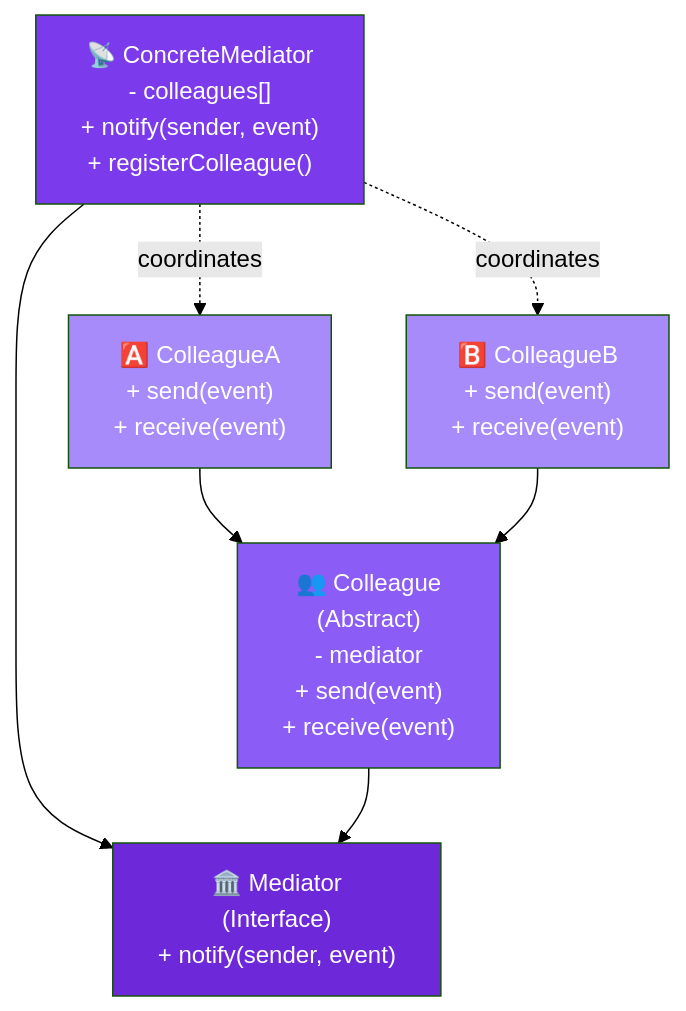
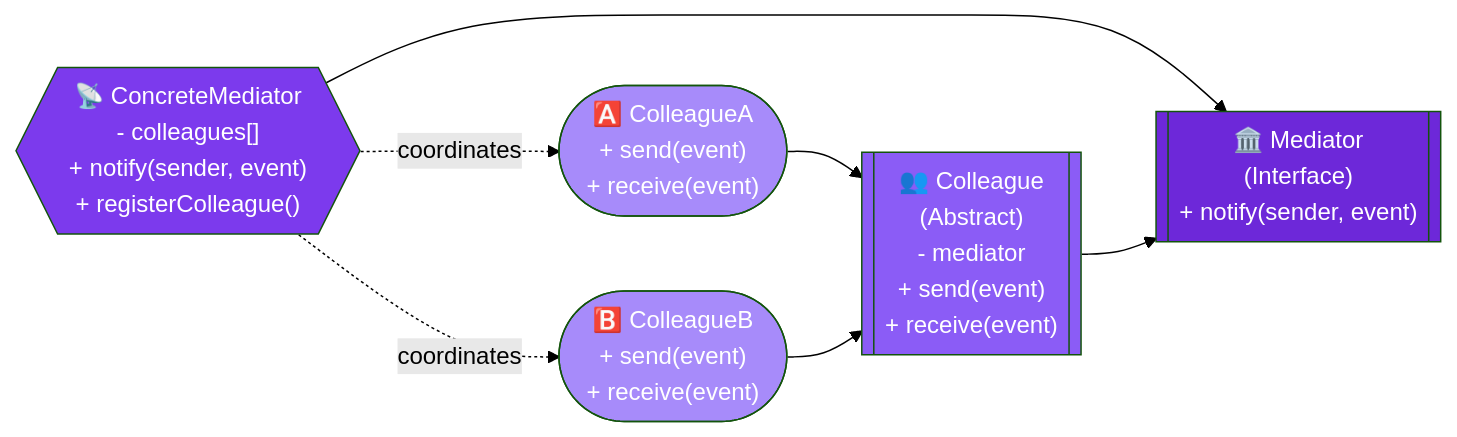
Before and after one commit to saivamsikaruturi/vamsilabs-dev-notes-main: the second of 3 diagrams in docs/designpatterns/behaviouralDesignPatterns/MediatorDp.md, drawn with Mermaid (forest theme). The commit also changed other lines of this file and 146 other files, not shown here.

Commit message:
Horizontal diagrams, UML class diagrams, typography overhaul, and permalink cleanup

````diff
--- a/docs/designpatterns/behaviouralDesignPatterns/MediatorDp.md
+++ b/docs/designpatterns/behaviouralDesignPatterns/MediatorDp.md
@@ -33,21 +33,21 @@
 ```mermaid
-flowchart TD
-    Mediator["🏛️ Mediator\n(Interface)\n+ notify(sender, event)"]
-    ConcreteMediator["📡 ConcreteMediator\n- colleagues[]\n+ notify(sender, event)\n+ registerColleague()"]
-    Colleague["👥 Colleague\n(Abstract)\n- mediator\n+ send(event)\n+ receive(event)"]
-    ColleagueA["🅰️ ColleagueA\n+ send(event)\n+ receive(event)"]
-    ColleagueB["🅱️ ColleagueB\n+ send(event)\n+ receive(event)"]
+flowchart LR
+    Mediator[["🏛️ Mediator\n(Interface)\n+ notify(sender, event)"]]
+    ConcreteMediator{{"📡 ConcreteMediator\n- colleagues[]\n+ notify(sender, event)\n+ registerColleague()"}}
+    Colleague[["👥 Colleague\n(Abstract)\n- mediator\n+ send(event)\n+ receive(event)"]]
+    ColleagueA(["🅰️ ColleagueA\n+ send(event)\n+ receive(event)"])
+    ColleagueB(["🅱️ ColleagueB\n+ send(event)\n+ receive(event)"])
 
     ConcreteMediator --> Mediator
     ColleagueA --> Colleague
     ColleagueB --> Colleague
     Colleague --> Mediator
     ConcreteMediator -.->|"coordinates"| ColleagueA
     ConcreteMediator -.->|"coordinates"| ColleagueB
 
     style Mediator fill:#6d28d9,color:#fff
     style ConcreteMediator fill:#7c3aed,color:#fff
     style Colleague fill:#8b5cf6,color:#fff
     style ColleagueA fill:#a78bfa,color:#fff
     style ColleagueB fill:#a78bfa,color:#fff
 ```
````
